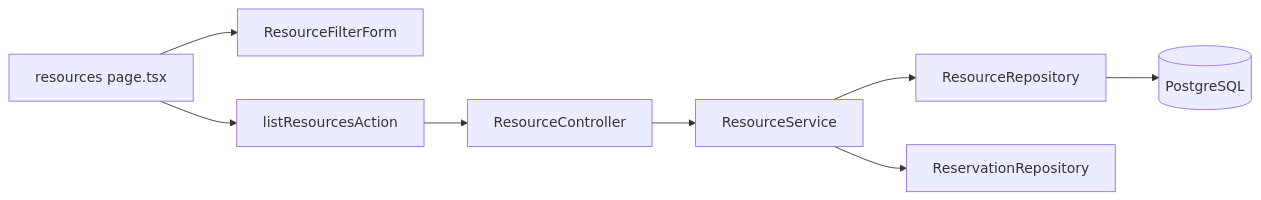
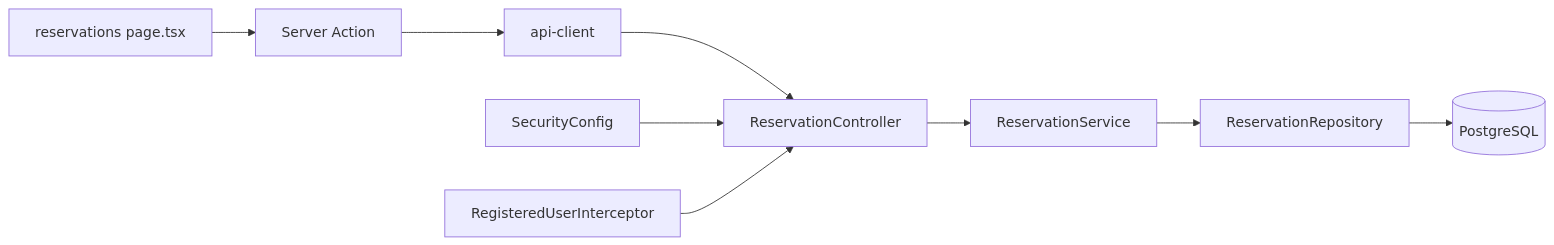
The first of 2 diagrams in Docs/spec/aidlc-docs/inception/reverse-engineering/architecture.md (CHS-Training-Org/ai_training_for_chuo_system), drawn with Mermaid before and after one commit. The commit also changed other lines of this file and 25 other files, not shown here.

````diff
--- a/Docs/spec/aidlc-docs/inception/reverse-engineering/architecture.md
+++ b/Docs/spec/aidlc-docs/inception/reverse-engineering/architecture.md
@@ -8,10 +8,11 @@
 ```mermaid
 flowchart LR
-  Page[resources page.tsx] --> Form[ResourceFilterForm]
-  Page --> Action[listResourcesAction]
-  Action --> Ctrl[ResourceController]
-  Ctrl --> Svc[ResourceService]
-  Svc --> Repo[ResourceRepository]
-  Svc --> RRepo[ReservationRepository]
+  Page[reservations page.tsx] --> Action[Server Action]
+  Action --> Client[api-client]
+  Client --> Ctrl[ReservationController]
+  Ctrl --> Svc[ReservationService]
+  Svc --> Repo[ReservationRepository]
   Repo --> DB[(PostgreSQL)]
+  Sec[SecurityConfig] --> Ctrl
+  Int[RegisteredUserInterceptor] --> Ctrl
 ```
````
